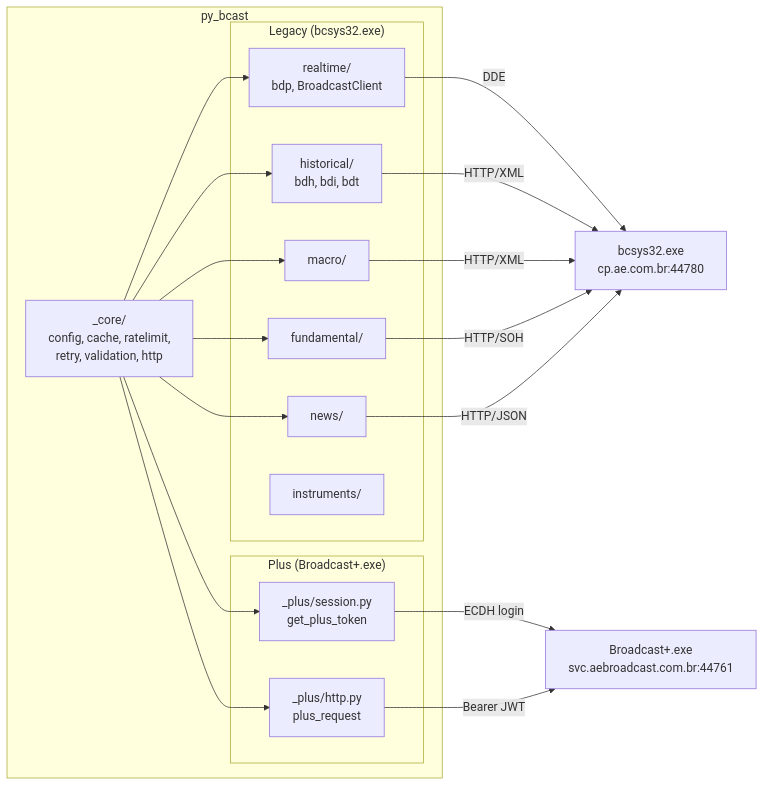
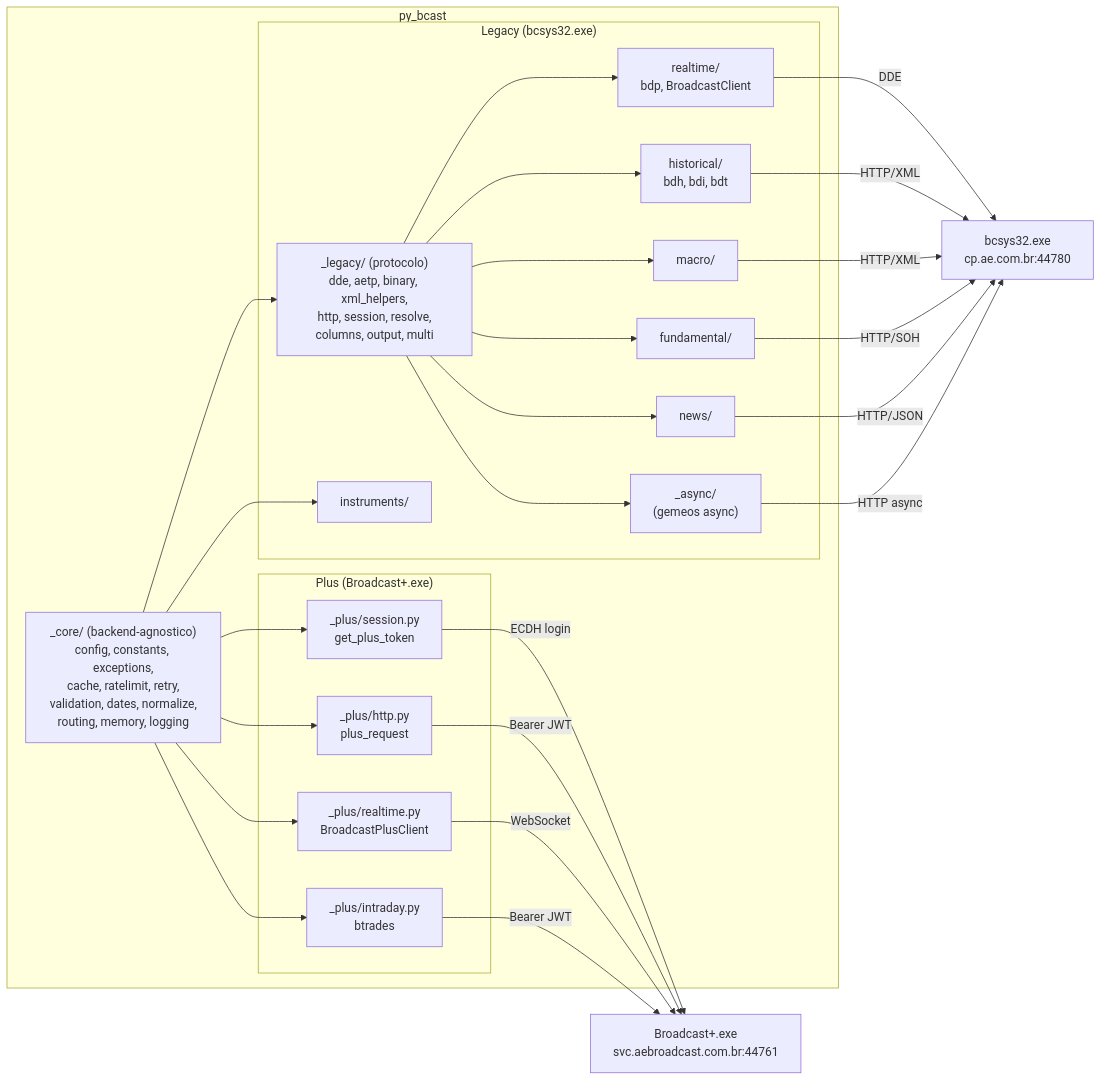
The diagram in docs/architecture.md (enzoomoreira/py-bcast), drawn with Mermaid before and after one commit. The commit also changed other lines of this file and 31 other files, not shown here.

First line of the commit message:
refactor(core): split Legacy protocol modules into _legacy/

````diff
--- a/docs/architecture.md
+++ b/docs/architecture.md
@@ -18,36 +18,48 @@
 ```mermaid
 graph LR
     subgraph "py_bcast"
-        CORE["_core/<br/>config, cache, ratelimit,<br/>retry, validation, http"]
+        CORE["_core/ (backend-agnostico)<br/>config, constants, exceptions,<br/>cache, ratelimit, retry,<br/>validation, dates, normalize,<br/>routing, memory, logging"]
 
         subgraph "Legacy (bcsys32.exe)"
+            L_PROTO["_legacy/ (protocolo)<br/>dde, aetp, binary, xml_helpers,<br/>http, session, resolve,<br/>columns, output, multi"]
             L_RT["realtime/<br/>bdp, BroadcastClient"]
             L_HIST["historical/<br/>bdh, bdi, bdt"]
             L_MACRO["macro/"]
             L_FUND["fundamental/"]
             L_NEWS["news/"]
             L_INST["instruments/"]
+            L_ASYNC["_async/<br/>(gemeos async)"]
         end
 
         subgraph "Plus (Broadcast+.exe)"
             P_SESS["_plus/session.py<br/>get_plus_token"]
             P_HTTP["_plus/http.py<br/>plus_request"]
+            P_RT["_plus/realtime.py<br/>BroadcastPlusClient"]
+            P_INTRA["_plus/intraday.py<br/>btrades"]
         end
 
-        CORE --> L_RT
-        CORE --> L_HIST
-        CORE --> L_MACRO
-        CORE --> L_FUND
-        CORE --> L_NEWS
+        CORE --> L_PROTO
+        L_PROTO --> L_RT
+        L_PROTO --> L_HIST
+        L_PROTO --> L_MACRO
+        L_PROTO --> L_FUND
+        L_PROTO --> L_NEWS
+        L_PROTO --> L_ASYNC
+        CORE --> L_INST
         CORE --> P_SESS
         CORE --> P_HTTP
+        CORE --> P_RT
+        CORE --> P_INTRA
     end
 
     L_RT -->|"DDE"| BCSYS["bcsys32.exe<br/>cp.ae.com.br:44780"]
     L_HIST -->|"HTTP/XML"| BCSYS
     L_MACRO -->|"HTTP/XML"| BCSYS
     L_FUND -->|"HTTP/SOH"| BCSYS
     L_NEWS -->|"HTTP/JSON"| BCSYS
+    L_ASYNC -->|"HTTP async"| BCSYS
     P_SESS -->|"ECDH login"| PLUS["Broadcast+.exe<br/>svc.aebroadcast.com.br:44761"]
     P_HTTP -->|"Bearer JWT"| PLUS
+    P_RT -->|"WebSocket"| PLUS
+    P_INTRA -->|"Bearer JWT"| PLUS
 ```
````
